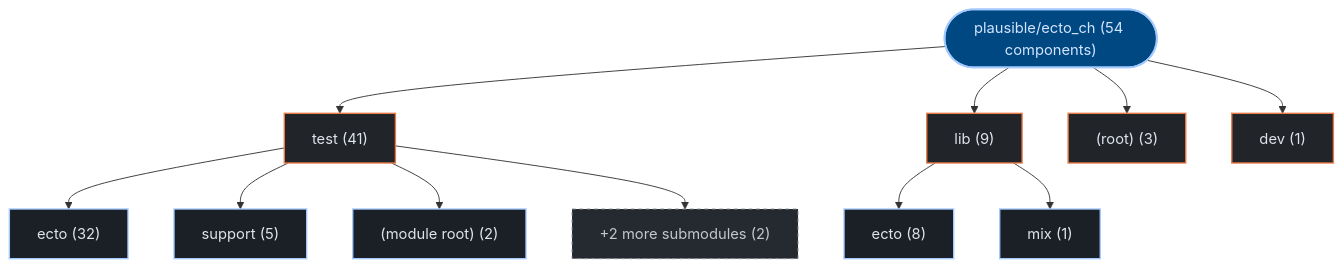
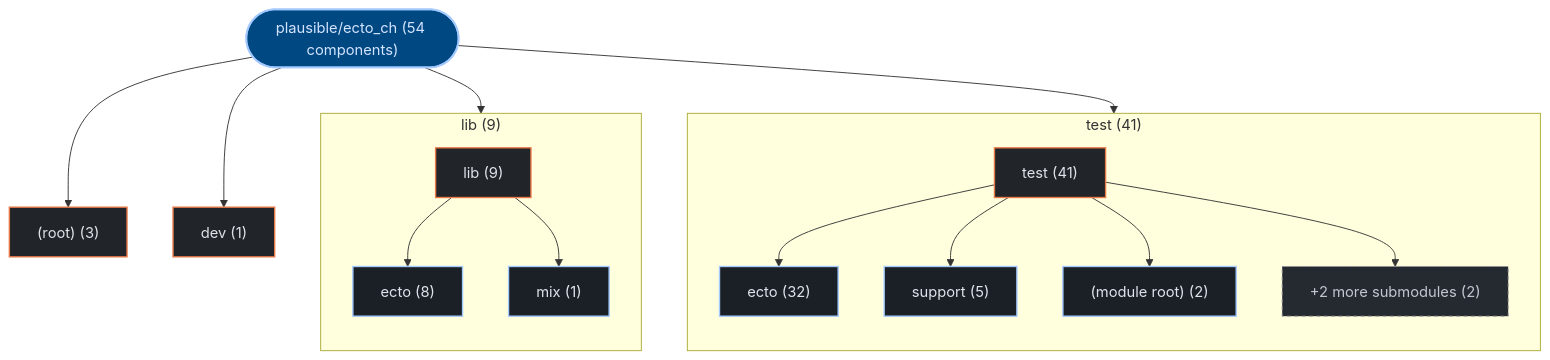
Before and after one commit to kumarshaz/atruss-code-atlas: the first of 3 diagrams in exports/latest/reports/plausible-ecto_ch-report.md, drawn with Mermaid. The commit also changed 178 other files, not shown here.

Commit message:
feat(ui,mermaid): upgrade to mermaid v12 + ELK layout, add orgs-summary + pagination, subgraph building blocks, fix tab alignment

````diff
--- a/exports/latest/reports/plausible-ecto_ch-report.md
+++ b/exports/latest/reports/plausible-ecto_ch-report.md
@@ -42,31 +42,37 @@
 ```mermaid
 graph TD;
   classDef atlasRoot fill:#004882,stroke:#a3c9ff,stroke-width:2px,color:#d3e4ff
   classDef atlasCategory fill:#212428,stroke:#E87A48,stroke-width:1.5px,color:#dfe3eb
   classDef atlasWorkflow fill:#1b2026,stroke:#a3c9ff,stroke-width:1.5px,color:#dfe3eb
   classDef atlasJob fill:#171c22,stroke:#8d9199,stroke-width:1px,color:#dfe3eb
   classDef atlasTarget fill:#005227,stroke:#8bd99b,stroke-width:1.5px,color:#a7f6b6
   classDef atlasAlert fill:#93000a,stroke:#ffb4ab,stroke-width:1.5px,color:#ffdad6
   classDef atlasMore fill:#252a31,stroke:#8d9199,stroke-dasharray:4 4,color:#c3c6cf
     repo_root(["plausible/ecto_ch (54 components)"]):::atlasRoot
-    dir_0_test["test (41)"]:::atlasCategory
+    subgraph sg_dir_0_test["test (41)"]
+      direction TB
+      dir_0_test["test (41)"]:::atlasCategory
+      sub_0_0_ecto["ecto (32)"]:::atlasWorkflow
+      dir_0_test --> sub_0_0_ecto
+      sub_0_1_support["support (5)"]:::atlasWorkflow
+      dir_0_test --> sub_0_1_support
+      sub_0_2__module_root_["(module root) (2)"]:::atlasWorkflow
+      dir_0_test --> sub_0_2__module_root_
+      sub_0_more["+2 more submodules (2)"]:::atlasMore
+      dir_0_test --> sub_0_more
+    end
     repo_root --> dir_0_test
-    sub_0_0_ecto["ecto (32)"]:::atlasWorkflow
-    dir_0_test --> sub_0_0_ecto
-    sub_0_1_support["support (5)"]:::atlasWorkflow
-    dir_0_test --> sub_0_1_support
-    sub_0_2__module_root_["(module root) (2)"]:::atlasWorkflow
-    dir_0_test --> sub_0_2__module_root_
-    sub_0_more["+2 more submodules (2)"]:::atlasMore
-    dir_0_test --> sub_0_more
-    dir_1_lib["lib (9)"]:::atlasCategory
+    subgraph sg_dir_1_lib["lib (9)"]
+      direction TB
+      dir_1_lib["lib (9)"]:::atlasCategory
+      sub_1_0_ecto["ecto (8)"]:::atlasWorkflow
+      dir_1_lib --> sub_1_0_ecto
+      sub_1_1_mix["mix (1)"]:::atlasWorkflow
+      dir_1_lib --> sub_1_1_mix
+    end
     repo_root --> dir_1_lib
-    sub_1_0_ecto["ecto (8)"]:::atlasWorkflow
-    dir_1_lib --> sub_1_0_ecto
-    sub_1_1_mix["mix (1)"]:::atlasWorkflow
-    dir_1_lib --> sub_1_1_mix
     dir_2__root_["(root) (3)"]:::atlasCategory
     repo_root --> dir_2__root_
     dir_3_dev["dev (1)"]:::atlasCategory
     repo_root --> dir_3_dev
 ```
````
